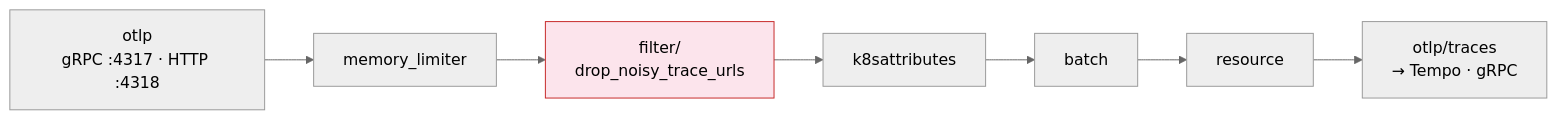
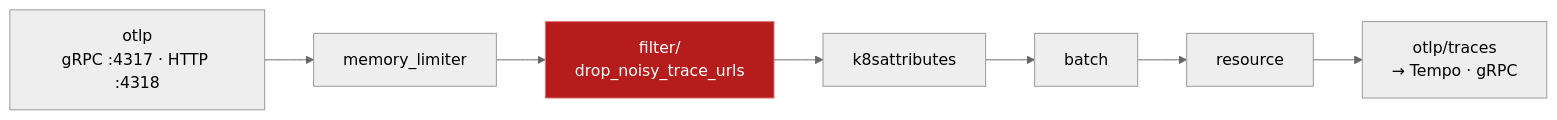
The first of 3 diagrams in docs/architecture/diagrams/otel-collector-pipeline.md (bgarcial/olly-platform), drawn with Mermaid (neutral theme) before and after one commit. The commit also changed other lines of this file, not shown here.

Commit message:
Refining Otel collector pipeline diagram

````diff
--- a/docs/architecture/diagrams/otel-collector-pipeline.md
+++ b/docs/architecture/diagrams/otel-collector-pipeline.md
@@ -42,14 +42,14 @@
 ```mermaid
 flowchart LR
     R["otlp<br/>gRPC :4317 · HTTP :4318"]
     ML[memory_limiter]
     F["filter/<br/>drop_noisy_trace_urls"]
     K[k8sattributes]
     B[batch]
     RS[resource]
     EX["otlp/traces<br/>→ Tempo · gRPC"]
 
     R --> ML --> F --> K --> B --> RS --> EX
 
-    style F fill:#fce4ec,stroke:#c62828
+    style F fill:#b71c1c,stroke:#e57373,color:#fff
 ```
````
